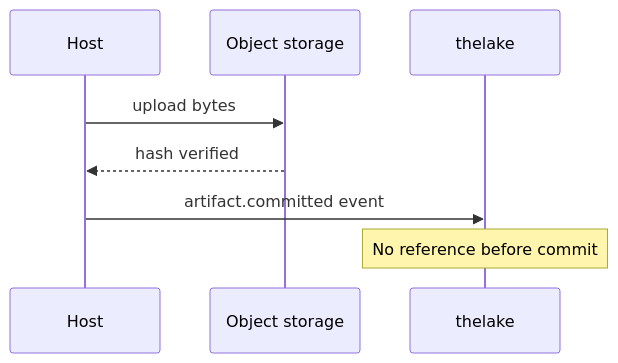
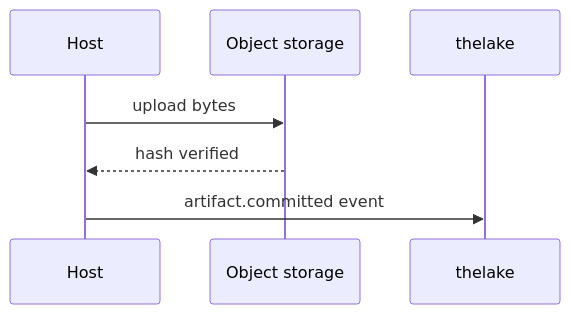
One commit to softprobe/document-website changed the second of 2 diagrams in en/evaluation/architecture/storage-and-thelake.md. Above: the diagram before and after it, drawn with Mermaid. The commit also changed other lines of this file and 57 other files, not shown here.

````diff
--- a/en/evaluation/architecture/storage-and-thelake.md
+++ b/en/evaluation/architecture/storage-and-thelake.md
@@ -42,11 +43,10 @@
 ```mermaid
 sequenceDiagram
   participant Host
   participant Obj as Object storage
   participant Lake as thelake
 
   Host->>Obj: upload bytes
   Obj-->>Host: hash verified
   Host->>Lake: artifact.committed event
-  Note over Lake: No reference before commit
 ```
````
